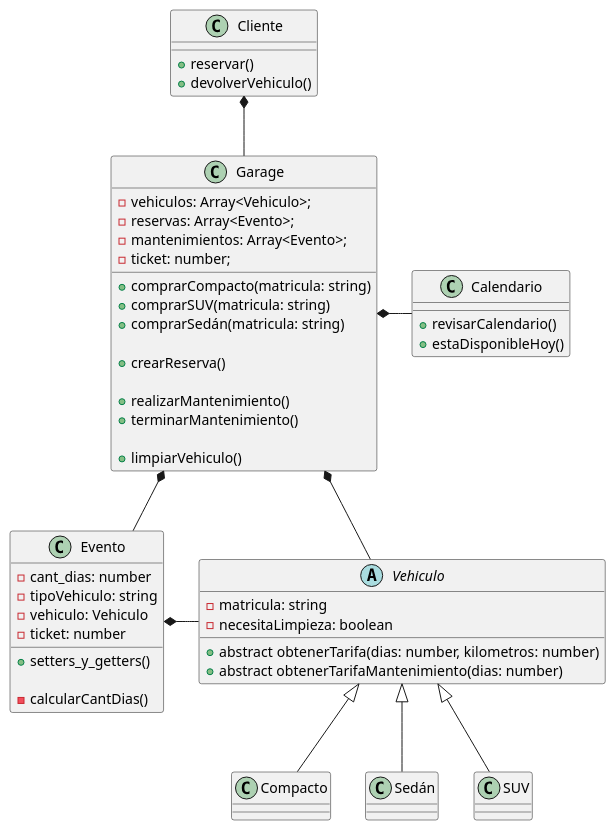
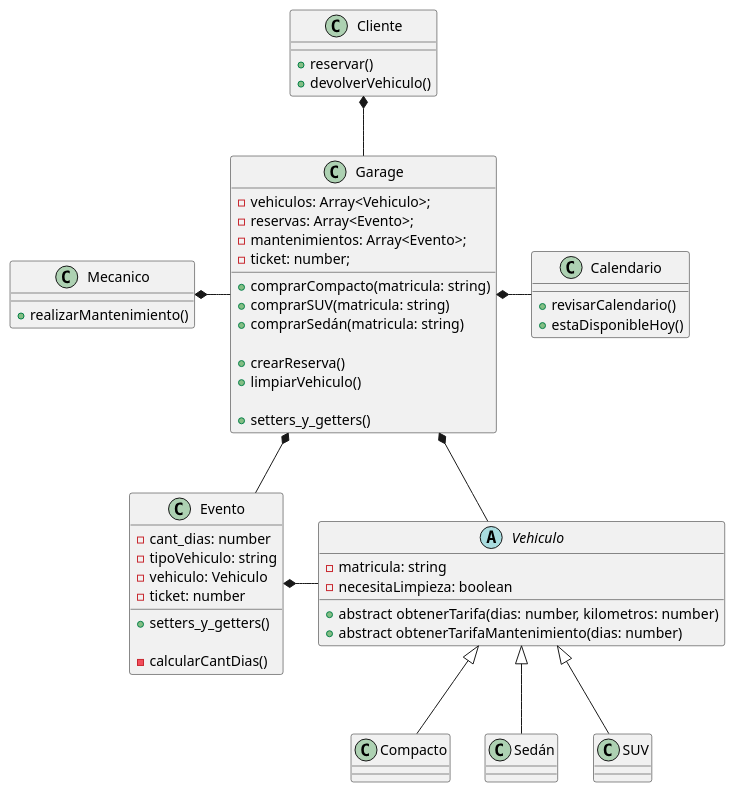
One commit to AlejoSuarez-37/Trabajo-Practico-Grupo16 changed the diagram in diagramas/clases.puml. Above: the diagram before and after it, drawn with PlantUML. The commit also changed 5 other files, not shown here.

Commit message:
Agrego clase Mecanico para realizar mantenimiento y arreglo el calendario que no cumplia con su funcion

```diff
--- a/diagramas/clases.puml
+++ b/diagramas/clases.puml
@@ -1,75 +1,78 @@
 @startuml Diagrama de clases
 class Garage {
     - vehiculos: Array<Vehiculo>;
     - reservas: Array<Evento>;
     - mantenimientos: Array<Evento>;
     - ticket: number;
 
     + comprarCompacto(matricula: string)
     + comprarSUV(matricula: string)
     + comprarSedán(matricula: string)
 
     + crearReserva()
+    + limpiarVehiculo()
 
-    + realizarMantenimiento()
-    + terminarMantenimiento()
-
-    + limpiarVehiculo()
+    + setters_y_getters()
 }
 
 class Cliente {
     + reservar()
     + devolverVehiculo()
+}
+
+class Mecanico {
+    + realizarMantenimiento()
 }
 
 abstract class Vehiculo {
     - matricula: string
     - necesitaLimpieza: boolean
     
     + abstract obtenerTarifa(dias: number, kilometros: number)
     + abstract obtenerTarifaMantenimiento(dias: number)
 }
 
 class Compacto {
 
 }
 class Sedán {
 
 }
 class SUV {
 
 }
 
 class Evento {
     - cant_dias: number
     - tipoVehiculo: string
     - vehiculo: Vehiculo
     - ticket: number
 
     + setters_y_getters()
 
     - calcularCantDias()
 }
 
 class Calendario {
     + revisarCalendario()
     + estaDisponibleHoy()
 }
 
 
 ' Relaciones
 
 Cliente *-- Garage
 
+Mecanico *-r- Garage
+
 Garage *-d- Vehiculo
 Garage *-d- Evento
-
 Garage *-r- Calendario
 
 Evento *-r- Vehiculo
 
 Vehiculo <|-- Compacto
 Vehiculo <|-- Sedán
 Vehiculo <|-- SUV
 
 @enduml
```
